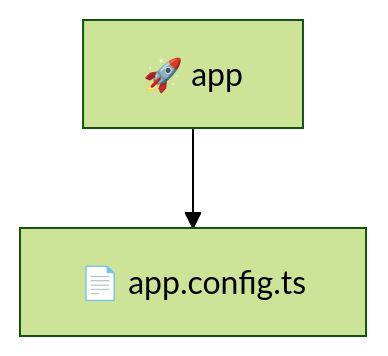
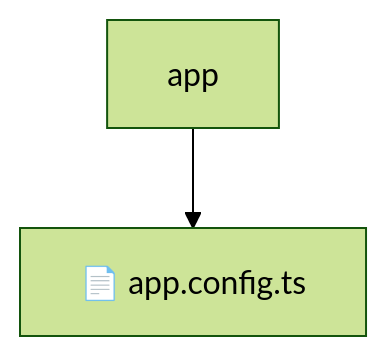
The diagram in frontend/src/app/README.md (beginwebdev2002/fullstack-mavluda), drawn with Mermaid (forest theme) before and after one commit. The commit also changed other lines of this file and 155 other files, not shown here.

````diff
--- a/frontend/src/app/README.md
+++ b/frontend/src/app/README.md
@@ -10,5 +14,5 @@
 ```mermaid
 graph TD
-  Root["🚀 app"]
-  Root --> appconfigts["📄 app.config.ts"]
+    Root[app]
+    Root --> F0[📄 app.config.ts]
 ```
````
